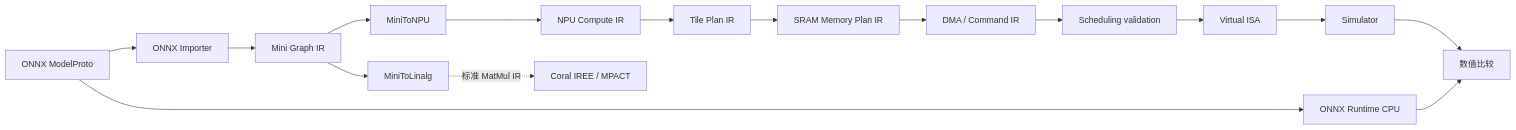
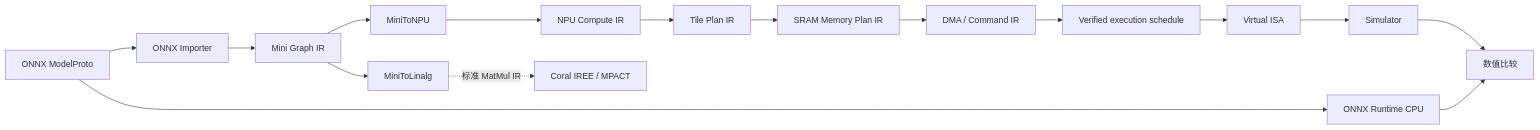
One commit to LP-780SVJ/MiniMLIRCompiler changed the diagram in docs/npu/architecture.md. Above: the diagram before and after it, drawn with Mermaid. The commit also changed other lines of this file and 26 other files, not shown here.

````diff
--- a/docs/npu/architecture.md
+++ b/docs/npu/architecture.md
@@ -5,18 +5,18 @@
 ```mermaid
 flowchart LR
     Model[ONNX ModelProto] --> Import[ONNX Importer]
     Model --> ORT[ONNX Runtime CPU]
     Import --> Mini[Mini Graph IR]
     Mini --> Standard[MiniToLinalg]
     Mini --> NPU[MiniToNPU]
     NPU --> Compute[NPU Compute IR]
     Compute --> Tile[Tile Plan IR]
     Tile --> SRAM[SRAM Memory Plan IR]
     SRAM --> Command[DMA / Command IR]
-    Command --> Schedule[Scheduling validation]
+    Command --> Schedule[Verified execution schedule]
     Schedule --> ISA[Virtual ISA]
     ISA --> Sim[Simulator]
     Sim --> Compare[数值比较]
     ORT --> Compare
     Standard -. 标准 MatMul IR .-> Coral[Coral IREE / MPACT]
 ```
````
